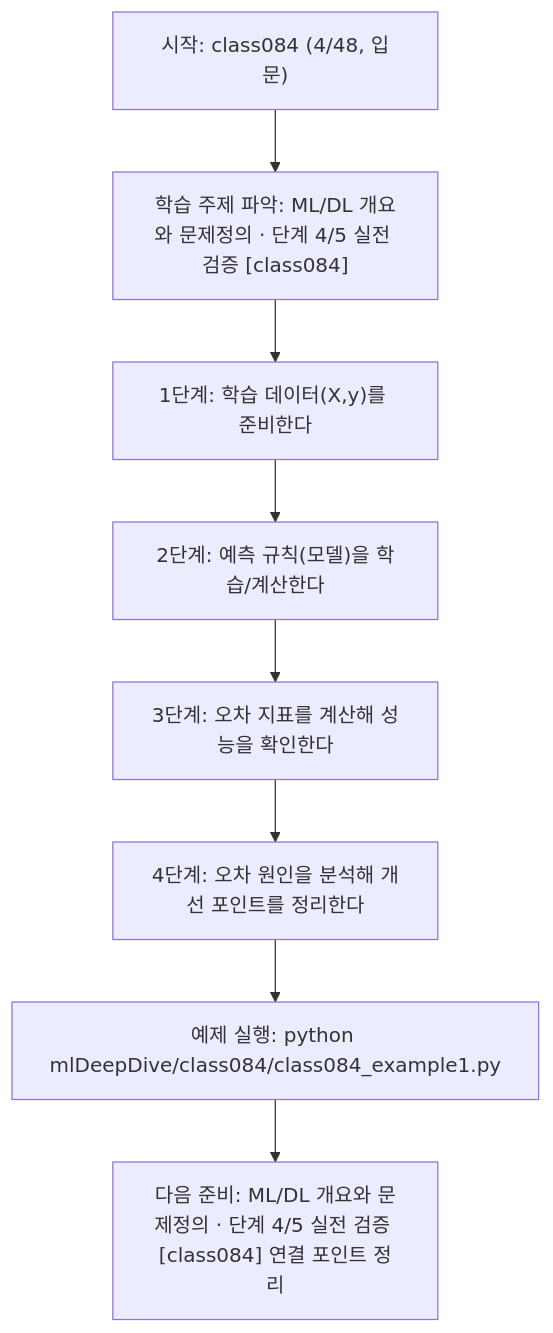
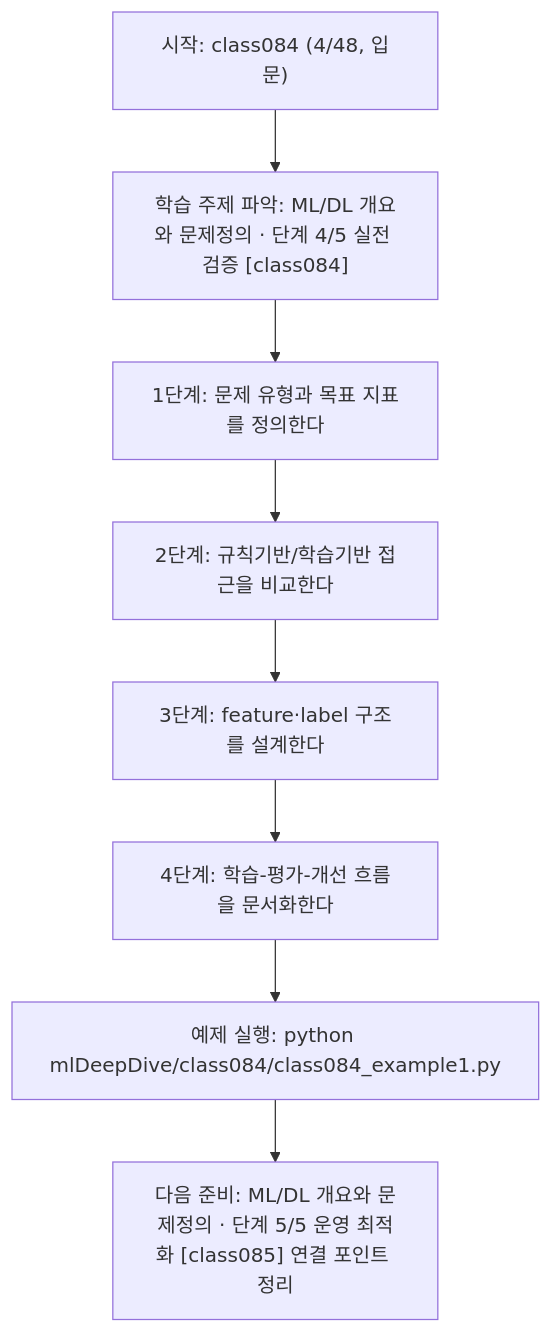
One commit to edumgt/Python-AI_Agent-Class changed the diagram in mlDeepDive/class084/class084.md. Above: the diagram before and after it, drawn with Mermaid. The commit also changed other lines of this file and 338 other files, not shown here.

````diff
--- a/mlDeepDive/class084/class084.md
+++ b/mlDeepDive/class084/class084.md
@@ -111,18 +91,18 @@
 ```mermaid
 flowchart TD
 N1["시작: class084 (4/48, 입문)"]
 N2["학습 주제 파악: ML/DL 개요와 문제정의 · 단계 4/5 실전 검증 [class084]"]
-N3["1단계: 학습 데이터(X,y)를 준비한다"]
-N4["2단계: 예측 규칙(모델)을 학습/계산한다"]
-N5["3단계: 오차 지표를 계산해 성능을 확인한다"]
-N6["4단계: 오차 원인을 분석해 개선 포인트를 정리한다"]
+N3["1단계: 문제 유형과 목표 지표를 정의한다"]
+N4["2단계: 규칙기반/학습기반 접근을 비교한다"]
+N5["3단계: feature·label 구조를 설계한다"]
+N6["4단계: 학습-평가-개선 흐름을 문서화한다"]
 N7["예제 실행: python mlDeepDive/class084/class084_example1.py"]
-N8["다음 준비: ML/DL 개요와 문제정의 · 단계 4/5 실전 검증 [class084] 연결 포인트 정리"]
+N8["다음 준비: ML/DL 개요와 문제정의 · 단계 5/5 운영 최적화 [class085] 연결 포인트 정리"]
 N1 --> N2
 N2 --> N3
 N3 --> N4
 N4 --> N5
 N5 --> N6
 N6 --> N7
 N7 --> N8
 ```
````
